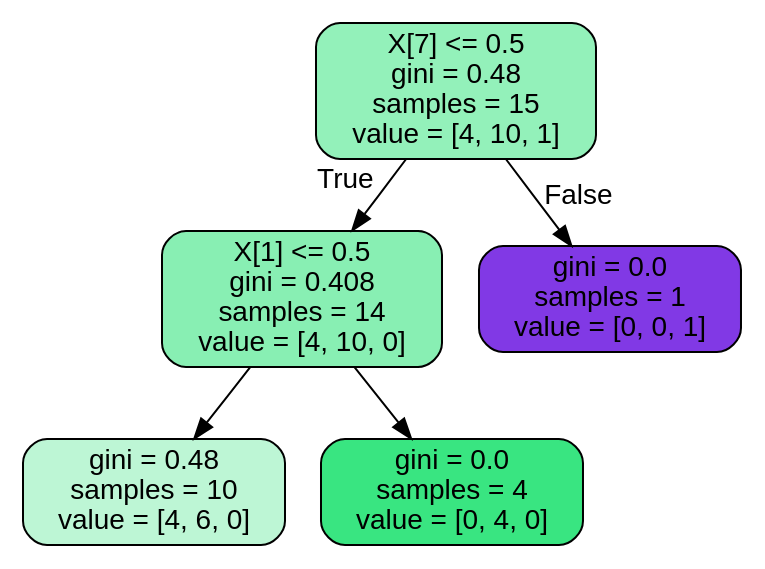
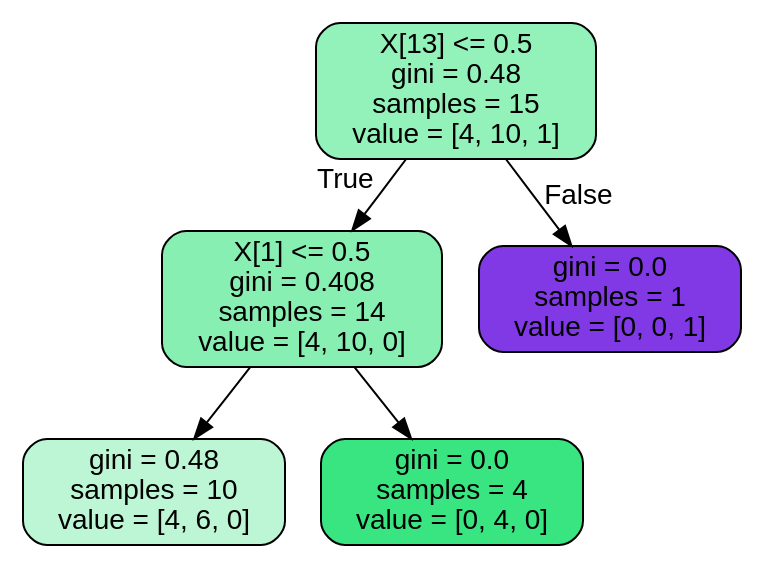
Before and after one commit to CompPhysics/MLErasmus: the diagram in doc/pub/DecisionTrees/ipynb/DataFiles/ride.dot, drawn with Graphviz. The commit also changed 13 other files, not shown here.

```diff
--- a/doc/pub/DecisionTrees/ipynb/DataFiles/ride.dot
+++ b/doc/pub/DecisionTrees/ipynb/DataFiles/ride.dot
@@ -1,13 +1,13 @@
 digraph Tree {
 node [shape=box, style="filled, rounded", color="black", fontname=helvetica] ;
 edge [fontname=helvetica] ;
-0 [label="X[7] <= 0.5\ngini = 0.48\nsamples = 15\nvalue = [4, 10, 1]", fillcolor="#39e5818b"] ;
+0 [label="X[13] <= 0.5\ngini = 0.48\nsamples = 15\nvalue = [4, 10, 1]", fillcolor="#39e5818b"] ;
 1 [label="X[1] <= 0.5\ngini = 0.408\nsamples = 14\nvalue = [4, 10, 0]", fillcolor="#39e58199"] ;
 0 -> 1 [labeldistance=2.5, labelangle=45, headlabel="True"] ;
 2 [label="gini = 0.48\nsamples = 10\nvalue = [4, 6, 0]", fillcolor="#39e58155"] ;
 1 -> 2 ;
 3 [label="gini = 0.0\nsamples = 4\nvalue = [0, 4, 0]", fillcolor="#39e581ff"] ;
 1 -> 3 ;
 4 [label="gini = 0.0\nsamples = 1\nvalue = [0, 0, 1]", fillcolor="#8139e5ff"] ;
 0 -> 4 [labeldistance=2.5, labelangle=-45, headlabel="False"] ;
 }
```
